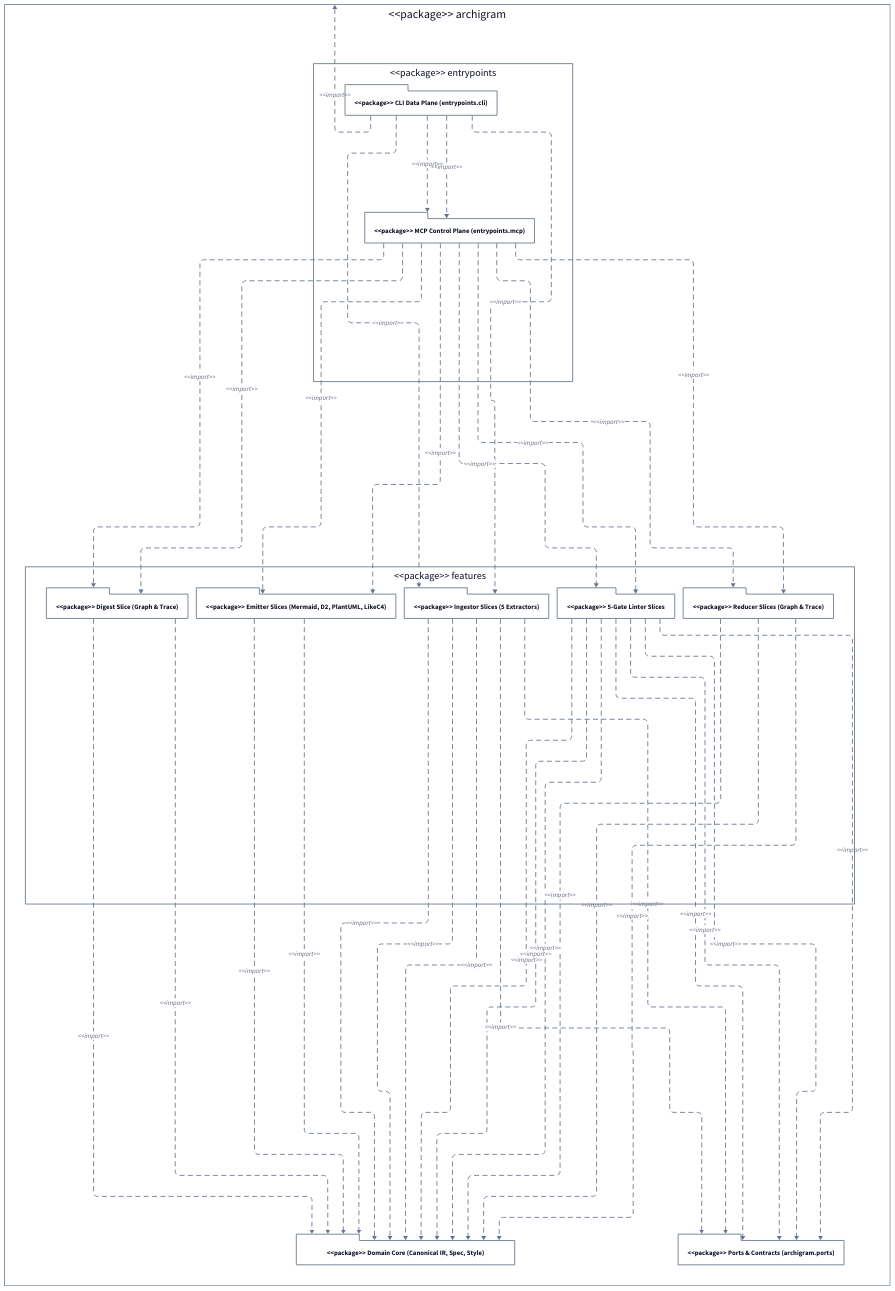
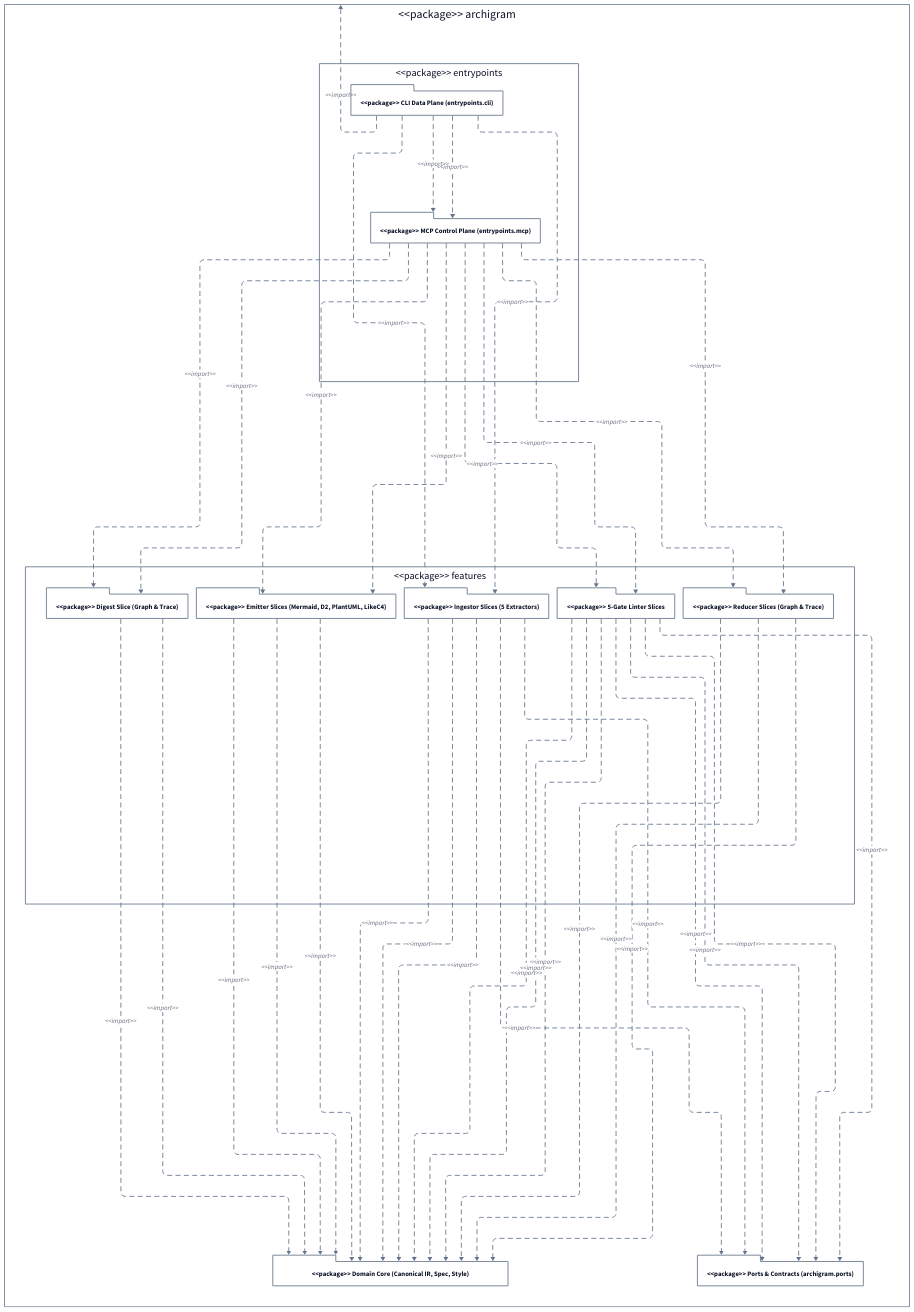
Before and after one commit to klcd/archigram: the diagram in docs/architecture/diagrams/showcase_uml_package_d2.d2, drawn with D2. The commit also changed 39 other files, not shown here.

Commit message:
fix(emit_plantuml): reuse domain orderer and causal fork guard

```diff
--- a/docs/architecture/diagrams/showcase_uml_package_d2.d2
+++ b/docs/architecture/diagrams/showcase_uml_package_d2.d2
@@ -1,195 +1,199 @@
 vars: {
   d2-config: {
     layout-engine: elk
     theme-id: 0
     dark-theme-id: 200
   }
 }
 style.fill: transparent
 
 direction: down
 archigram: "<<package>> archigram" {
   style.fill: transparent
   style.stroke: "#64748b"
   "archigram.entrypoints": "<<package>> entrypoints" {
     style.fill: transparent
     style.stroke: "#64748b"
     cli_dataplane: "<<package>> CLI Data Plane (entrypoints.cli)" {
       shape: package
       style.fill: transparent
       style.stroke: "#64748b"
     }
     mcp_controlplane: "<<package>> MCP Control Plane (entrypoints.mcp)" {
       shape: package
       style.fill: transparent
       style.stroke: "#64748b"
     }
   }
   "archigram.features": "<<package>> features" {
     style.fill: transparent
     style.stroke: "#64748b"
     feature_digest: "<<package>> Digest Slice (Graph & Trace)" {
       shape: package
       style.fill: transparent
       style.stroke: "#64748b"
     }
     feature_emitters: "<<package>> Emitter Slices (Mermaid, D2, PlantUML, LikeC4)" {
       shape: package
       style.fill: transparent
       style.stroke: "#64748b"
     }
     feature_ingestors: "<<package>> Ingestor Slices (5 Extractors)" {
       shape: package
       style.fill: transparent
       style.stroke: "#64748b"
     }
     feature_linters: "<<package>> 5-Gate Linter Slices" {
       shape: package
       style.fill: transparent
       style.stroke: "#64748b"
     }
     feature_reducers: "<<package>> Reducer Slices (Graph & Trace)" {
       shape: package
       style.fill: transparent
       style.stroke: "#64748b"
     }
   }
   domain_core: "<<package>> Domain Core (Canonical IR, Spec, Style)" {
     shape: package
     style.fill: transparent
     style.stroke: "#64748b"
   }
   ports_contracts: "<<package>> Ports & Contracts (archigram.ports)" {
     shape: package
     style.fill: transparent
     style.stroke: "#64748b"
   }
 }
 archigram."archigram.entrypoints".cli_dataplane -> archigram: "<<import>>" {
   style.stroke: "#64748b"
   style.stroke-dash: 5
 }
 archigram."archigram.entrypoints".mcp_controlplane -> archigram."archigram.features".feature_digest: "<<import>>" {
   style.stroke: "#64748b"
   style.stroke-dash: 5
 }
 archigram."archigram.entrypoints".mcp_controlplane -> archigram."archigram.features".feature_digest: "<<import>>" {
   style.stroke: "#64748b"
   style.stroke-dash: 5
 }
 archigram."archigram.features".feature_linters -> archigram.domain_core: "<<import>>" {
   style.stroke: "#64748b"
   style.stroke-dash: 5
 }
 archigram."archigram.features".feature_ingestors -> archigram.domain_core: "<<import>>" {
+  style.stroke: "#64748b"
+  style.stroke-dash: 5
+}
+archigram."archigram.features".feature_emitters -> archigram.domain_core: "<<import>>" {
   style.stroke: "#64748b"
   style.stroke-dash: 5
 }
 archigram."archigram.features".feature_emitters -> archigram.domain_core: "<<import>>" {
   style.stroke: "#64748b"
   style.stroke-dash: 5
 }
 archigram."archigram.features".feature_digest -> archigram.domain_core: "<<import>>" {
   style.stroke: "#64748b"
   style.stroke-dash: 5
 }
 archigram."archigram.features".feature_linters -> archigram.domain_core: "<<import>>" {
   style.stroke: "#64748b"
   style.stroke-dash: 5
 }
 archigram."archigram.features".feature_reducers -> archigram.domain_core: "<<import>>" {
   style.stroke: "#64748b"
   style.stroke-dash: 5
 }
 archigram."archigram.features".feature_reducers -> archigram.domain_core: "<<import>>" {
   style.stroke: "#64748b"
   style.stroke-dash: 5
 }
 archigram."archigram.features".feature_reducers -> archigram.domain_core: "<<import>>" {
   style.stroke: "#64748b"
   style.stroke-dash: 5
 }
 archigram."archigram.features".feature_emitters -> archigram.domain_core: "<<import>>" {
   style.stroke: "#64748b"
   style.stroke-dash: 5
 }
 archigram."archigram.features".feature_digest -> archigram.domain_core: "<<import>>" {
   style.stroke: "#64748b"
   style.stroke-dash: 5
 }
 archigram."archigram.features".feature_ingestors -> archigram.domain_core: "<<import>>" {
   style.stroke: "#64748b"
   style.stroke-dash: 5
 }
 archigram."archigram.features".feature_linters -> archigram.domain_core: "<<import>>" {
   style.stroke: "#64748b"
   style.stroke-dash: 5
 }
 archigram."archigram.features".feature_ingestors -> archigram.domain_core: "<<import>>" {
   style.stroke: "#64748b"
   style.stroke-dash: 5
 }
 archigram."archigram.entrypoints".mcp_controlplane -> archigram."archigram.features".feature_emitters: "<<import>>" {
   style.stroke: "#64748b"
   style.stroke-dash: 5
 }
 archigram."archigram.entrypoints".mcp_controlplane -> archigram."archigram.features".feature_emitters: "<<import>>" {
   style.stroke: "#64748b"
   style.stroke-dash: 5
 }
 archigram."archigram.entrypoints".cli_dataplane -> archigram."archigram.features".feature_ingestors: "<<import>>" {
   style.stroke: "#64748b"
   style.stroke-dash: 5
 }
 archigram."archigram.entrypoints".cli_dataplane -> archigram."archigram.features".feature_ingestors: "<<import>>" {
   style.stroke: "#64748b"
   style.stroke-dash: 5
 }
 archigram."archigram.entrypoints".mcp_controlplane -> archigram."archigram.features".feature_linters: "<<import>>" {
   style.stroke: "#64748b"
   style.stroke-dash: 5
 }
 archigram."archigram.entrypoints".mcp_controlplane -> archigram."archigram.features".feature_linters: "<<import>>" {
   style.stroke: "#64748b"
   style.stroke-dash: 5
 }
 archigram."archigram.entrypoints".cli_dataplane -> archigram."archigram.entrypoints".mcp_controlplane: "<<import>>" {
   style.stroke: "#64748b"
   style.stroke-dash: 5
 }
 archigram."archigram.entrypoints".cli_dataplane -> archigram."archigram.entrypoints".mcp_controlplane: "<<import>>" {
   style.stroke: "#64748b"
   style.stroke-dash: 5
 }
 archigram."archigram.features".feature_ingestors -> archigram.ports_contracts: "<<import>>" {
   style.stroke: "#64748b"
   style.stroke-dash: 5
 }
 archigram."archigram.features".feature_linters -> archigram.ports_contracts: "<<import>>" {
   style.stroke: "#64748b"
   style.stroke-dash: 5
 }
 archigram."archigram.features".feature_linters -> archigram.ports_contracts: "<<import>>" {
   style.stroke: "#64748b"
   style.stroke-dash: 5
 }
 archigram."archigram.features".feature_linters -> archigram.ports_contracts: "<<import>>" {
   style.stroke: "#64748b"
   style.stroke-dash: 5
 }
 archigram."archigram.features".feature_ingestors -> archigram.ports_contracts: "<<import>>" {
   style.stroke: "#64748b"
   style.stroke-dash: 5
 }
 archigram."archigram.features".feature_linters -> archigram.ports_contracts: "<<import>>" {
   style.stroke: "#64748b"
   style.stroke-dash: 5
 }
 archigram."archigram.entrypoints".mcp_controlplane -> archigram."archigram.features".feature_reducers: "<<import>>" {
   style.stroke: "#64748b"
   style.stroke-dash: 5
 }
 archigram."archigram.entrypoints".mcp_controlplane -> archigram."archigram.features".feature_reducers: "<<import>>" {
   style.stroke: "#64748b"
   style.stroke-dash: 5
 }
```
